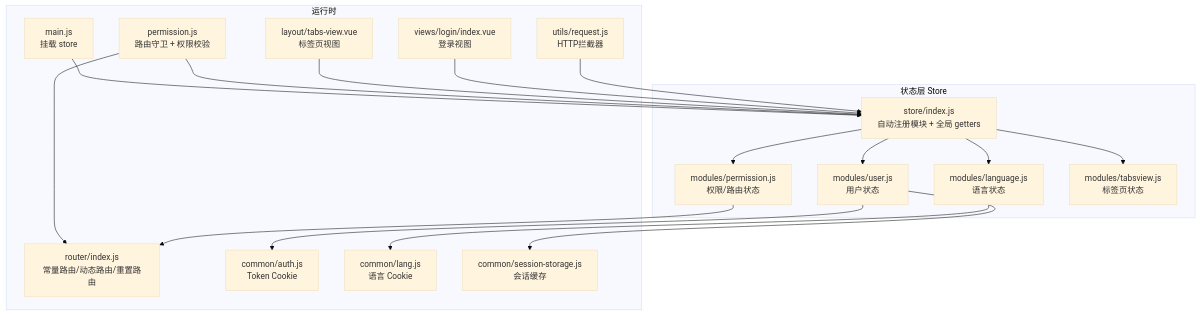
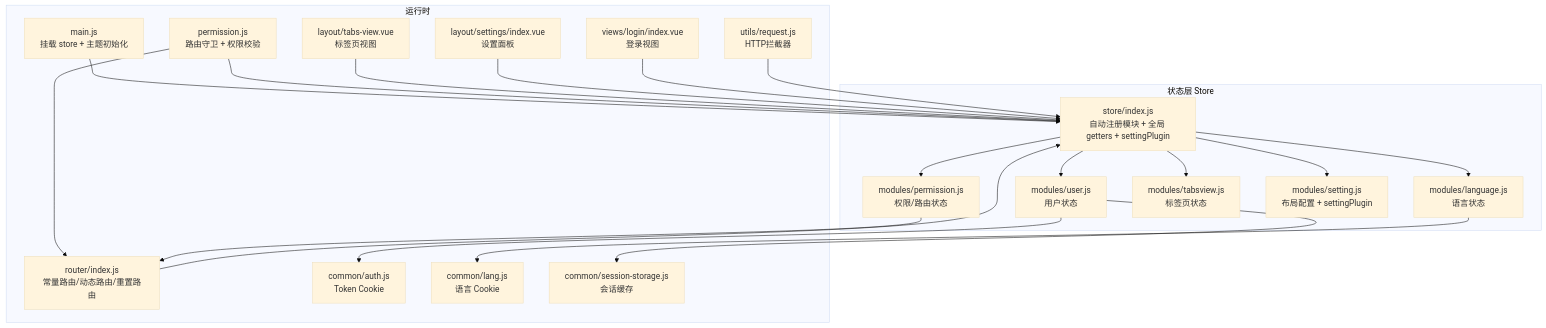
The first of 6 diagrams in .qoder/repowiki/zh/content/架构设计/状态管理架构.md (Neveryu/vue-cms), drawn with Mermaid (base theme) before and after one commit. The commit also changed other lines of this file and 8 other files, not shown here.

````diff
--- a/.qoder/repowiki/zh/content/架构设计/状态管理架构.md
+++ b/.qoder/repowiki/zh/content/架构设计/状态管理架构.md
@@ -40,35 +44,40 @@
 ```mermaid
 graph TB
 subgraph "状态层 Store"
-A["store/index.js<br/>自动注册模块 + 全局 getters"]
+A["store/index.js<br/>自动注册模块 + 全局 getters + settingPlugin"]
 B["modules/user.js<br/>用户状态"]
 C["modules/permission.js<br/>权限/路由状态"]
 D["modules/language.js<br/>语言状态"]
 E["modules/tabsview.js<br/>标签页状态"]
+F["modules/setting.js<br/>布局配置 + settingPlugin"]
 end
 subgraph "运行时"
-F["main.js<br/>挂载 store"]
-G["permission.js<br/>路由守卫 + 权限校验"]
-H["router/index.js<br/>常量路由/动态路由/重置路由"]
-I["layout/tabs-view.vue<br/>标签页视图"]
-J["views/login/index.vue<br/>登录视图"]
-K["common/auth.js<br/>Token Cookie"]
-L["common/lang.js<br/>语言 Cookie"]
-M["common/session-storage.js<br/>会话缓存"]
-N["utils/request.js<br/>HTTP拦截器"]
+G["main.js<br/>挂载 store + 主题初始化"]
+H["permission.js<br/>路由守卫 + 权限校验"]
+I["router/index.js<br/>常量路由/动态路由/重置路由"]
+J["layout/tabs-view.vue<br/>标签页视图"]
+K["layout/settings/index.vue<br/>设置面板"]
+L["views/login/index.vue<br/>登录视图"]
+M["common/auth.js<br/>Token Cookie"]
+N["common/lang.js<br/>语言 Cookie"]
+O["common/session-storage.js<br/>会话缓存"]
+P["utils/request.js<br/>HTTP拦截器"]
 end
 A --> B
 A --> C
 A --> D
 A --> E
-F --> A
+A --> F
 G --> A
-G --> H
+H --> A
+H --> I
 I --> A
 J --> A
-B --> K
+K --> A
+L --> A
 B --> M
-C --> H
-D --> L
-N --> A
+B --> O
+C --> I
+D --> N
+P --> A
 ```
````
